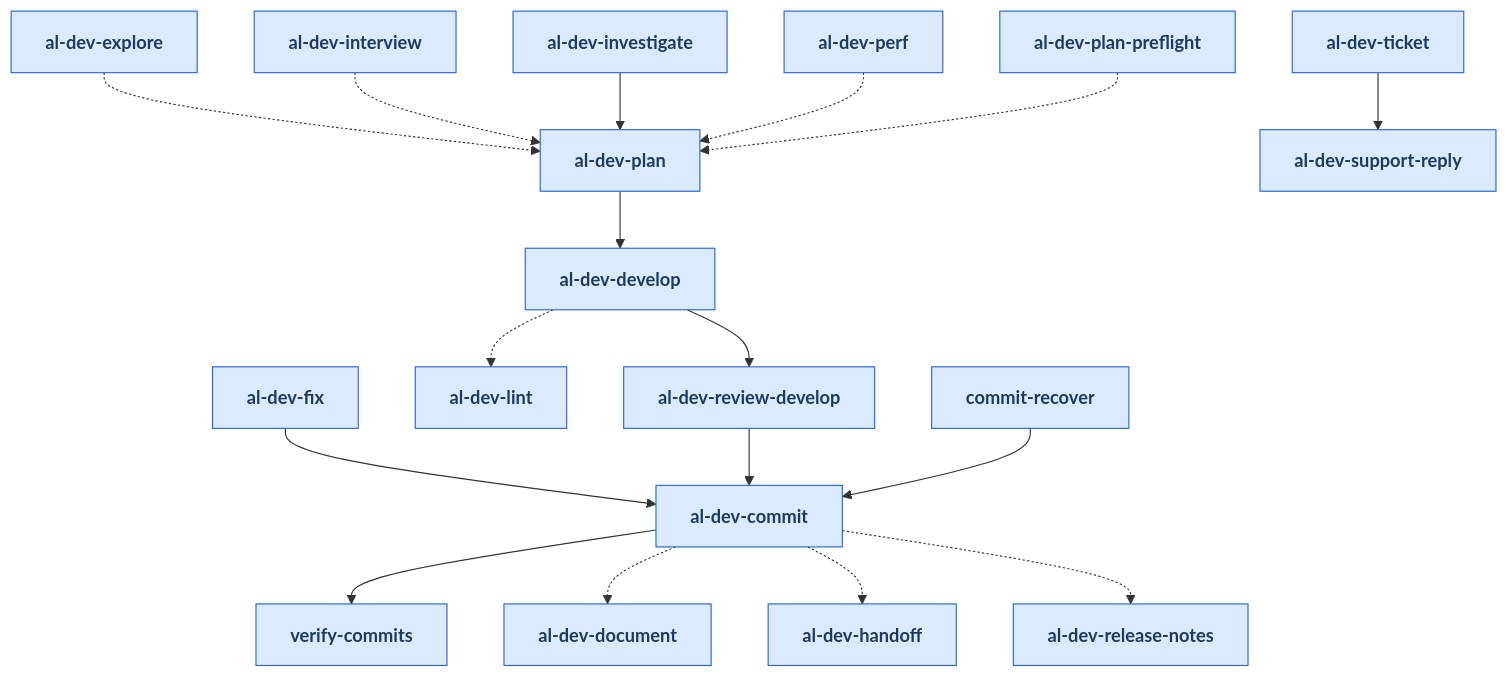
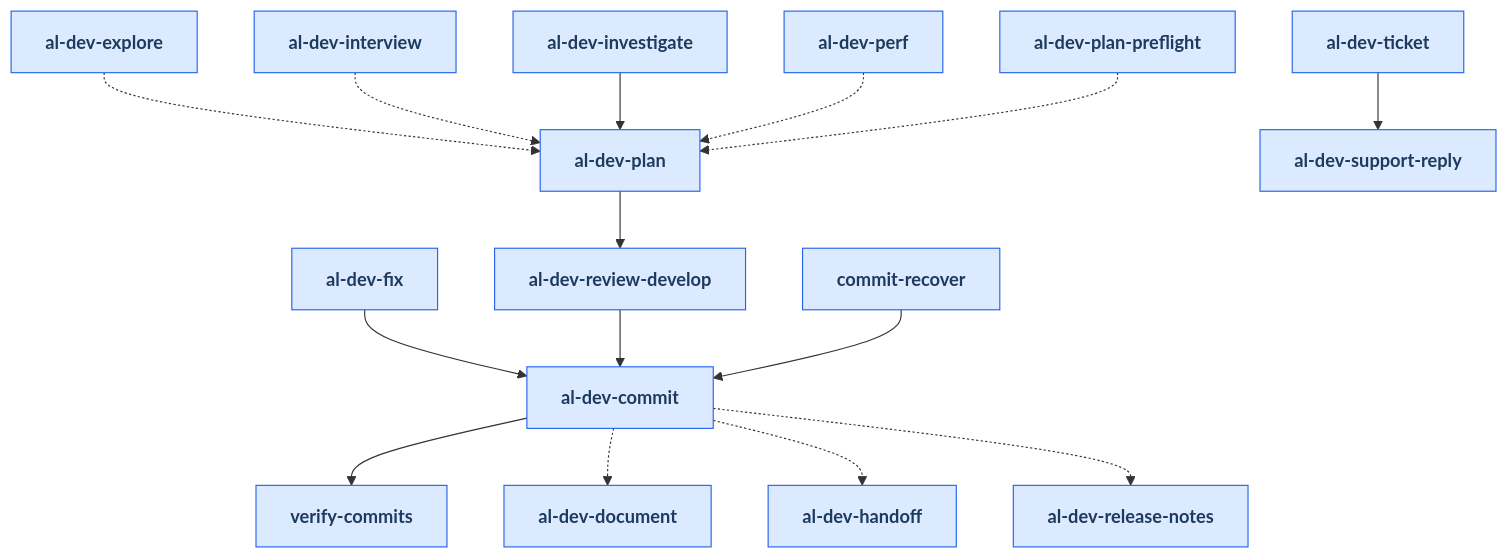
The first of 25 diagrams in docs/al-dev-skills-map.md (russell-laing/al-dev-shared), drawn with Mermaid before and after one commit. The commit also changed other lines of this file and 53 other files, not shown here.

Commit message:
refactor(skill): rename al-dev-develop to al-dev-develop-orchestrate, keep artifact prefix stable (#875)

````diff
--- a/docs/al-dev-skills-map.md
+++ b/docs/al-dev-skills-map.md
@@ -22,58 +22,52 @@
 ```mermaid
 flowchart TD
     classDef skillNode fill:#dbeafe,stroke:#2563eb,color:#1e3a5f,font-weight:bold
     skill_al_dev_commit[al-dev-commit]
-    skill_al_dev_develop[al-dev-develop]
     skill_al_dev_document[al-dev-document]
     skill_al_dev_explore[al-dev-explore]
     skill_al_dev_fix[al-dev-fix]
     skill_al_dev_handoff[al-dev-handoff]
     skill_al_dev_interview[al-dev-interview]
     skill_al_dev_investigate[al-dev-investigate]
-    skill_al_dev_lint[al-dev-lint]
     skill_al_dev_perf[al-dev-perf]
     skill_al_dev_plan[al-dev-plan]
     skill_al_dev_plan_preflight[al-dev-plan-preflight]
     skill_al_dev_release_notes[al-dev-release-notes]
     skill_al_dev_review_develop[al-dev-review-develop]
     skill_al_dev_support_reply[al-dev-support-reply]
     skill_al_dev_ticket[al-dev-ticket]
     skill_commit_recover[commit-recover]
     skill_verify_commits[verify-commits]
 
     skill_al_dev_commit --> skill_verify_commits
     skill_al_dev_commit -.-> skill_al_dev_document
     skill_al_dev_commit -.-> skill_al_dev_handoff
     skill_al_dev_commit -.-> skill_al_dev_release_notes
-    skill_al_dev_develop --> skill_al_dev_review_develop
-    skill_al_dev_develop -.-> skill_al_dev_lint
     skill_al_dev_explore -.-> skill_al_dev_plan
     skill_al_dev_fix --> skill_al_dev_commit
     skill_al_dev_interview -.-> skill_al_dev_plan
     skill_al_dev_investigate --> skill_al_dev_plan
     skill_al_dev_perf -.-> skill_al_dev_plan
-    skill_al_dev_plan --> skill_al_dev_develop
+    skill_al_dev_plan --> skill_al_dev_review_develop
     skill_al_dev_plan_preflight -.-> skill_al_dev_plan
     skill_al_dev_review_develop --> skill_al_dev_commit
     skill_al_dev_ticket --> skill_al_dev_support_reply
     skill_commit_recover --> skill_al_dev_commit
 
     class skill_al_dev_commit skillNode
-    class skill_al_dev_develop skillNode
     class skill_al_dev_document skillNode
     class skill_al_dev_explore skillNode
     class skill_al_dev_fix skillNode
     class skill_al_dev_handoff skillNode
     class skill_al_dev_interview skillNode
     class skill_al_dev_investigate skillNode
-    class skill_al_dev_lint skillNode
     class skill_al_dev_perf skillNode
     class skill_al_dev_plan skillNode
     class skill_al_dev_plan_preflight skillNode
     class skill_al_dev_release_notes skillNode
     class skill_al_dev_review_develop skillNode
     class skill_al_dev_support_reply skillNode
     class skill_al_dev_ticket skillNode
     class skill_commit_recover skillNode
     class skill_verify_commits skillNode
 ```
````
